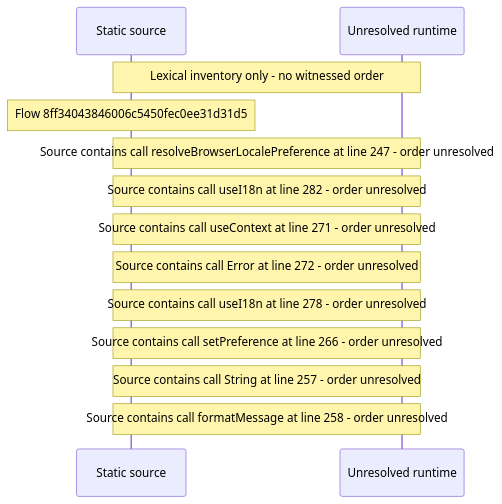
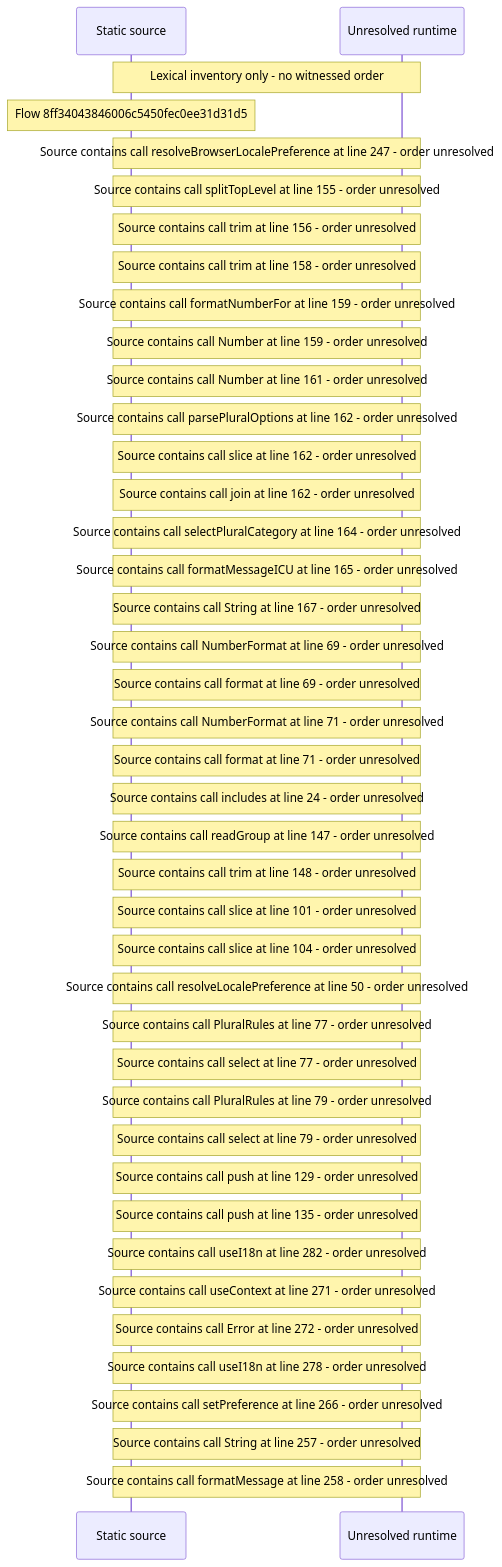
One commit to beamfall/core changed the diagram in docs/web/flows/generated/8ff34043846006c5450fec0ee31d31d5/flow-diagram.md. Above: the diagram before and after it, drawn with Mermaid. The commit also changed other lines of this file and 699 other files, not shown here.

Commit message:
Regenerate the web flow record with flow generator version 5

````diff
--- a/docs/web/flows/generated/8ff34043846006c5450fec0ee31d31d5/flow-diagram.md
+++ b/docs/web/flows/generated/8ff34043846006c5450fec0ee31d31d5/flow-diagram.md
@@ -10,15 +10,43 @@
 ```mermaid
 sequenceDiagram
     participant S as Static source
     participant U as Unresolved runtime
     Note over S,U: Lexical inventory only - no witnessed order
     Note over S: Flow 8ff34043846006c5450fec0ee31d31d5
     Note over S,U: Source contains call resolveBrowserLocalePreference at line 247 - order unresolved
+    Note over S,U: Source contains call splitTopLevel at line 155 - order unresolved
+    Note over S,U: Source contains call trim at line 156 - order unresolved
+    Note over S,U: Source contains call trim at line 158 - order unresolved
+    Note over S,U: Source contains call formatNumberFor at line 159 - order unresolved
+    Note over S,U: Source contains call Number at line 159 - order unresolved
+    Note over S,U: Source contains call Number at line 161 - order unresolved
+    Note over S,U: Source contains call parsePluralOptions at line 162 - order unresolved
+    Note over S,U: Source contains call slice at line 162 - order unresolved
+    Note over S,U: Source contains call join at line 162 - order unresolved
+    Note over S,U: Source contains call selectPluralCategory at line 164 - order unresolved
+    Note over S,U: Source contains call formatMessageICU at line 165 - order unresolved
+    Note over S,U: Source contains call String at line 167 - order unresolved
+    Note over S,U: Source contains call NumberFormat at line 69 - order unresolved
+    Note over S,U: Source contains call format at line 69 - order unresolved
+    Note over S,U: Source contains call NumberFormat at line 71 - order unresolved
+    Note over S,U: Source contains call format at line 71 - order unresolved
+    Note over S,U: Source contains call includes at line 24 - order unresolved
+    Note over S,U: Source contains call readGroup at line 147 - order unresolved
+    Note over S,U: Source contains call trim at line 148 - order unresolved
+    Note over S,U: Source contains call slice at line 101 - order unresolved
+    Note over S,U: Source contains call slice at line 104 - order unresolved
+    Note over S,U: Source contains call resolveLocalePreference at line 50 - order unresolved
+    Note over S,U: Source contains call PluralRules at line 77 - order unresolved
+    Note over S,U: Source contains call select at line 77 - order unresolved
+    Note over S,U: Source contains call PluralRules at line 79 - order unresolved
+    Note over S,U: Source contains call select at line 79 - order unresolved
+    Note over S,U: Source contains call push at line 129 - order unresolved
+    Note over S,U: Source contains call push at line 135 - order unresolved
     Note over S,U: Source contains call useI18n at line 282 - order unresolved
     Note over S,U: Source contains call useContext at line 271 - order unresolved
     Note over S,U: Source contains call Error at line 272 - order unresolved
     Note over S,U: Source contains call useI18n at line 278 - order unresolved
     Note over S,U: Source contains call setPreference at line 266 - order unresolved
     Note over S,U: Source contains call String at line 257 - order unresolved
     Note over S,U: Source contains call formatMessage at line 258 - order unresolved
 ```
````
